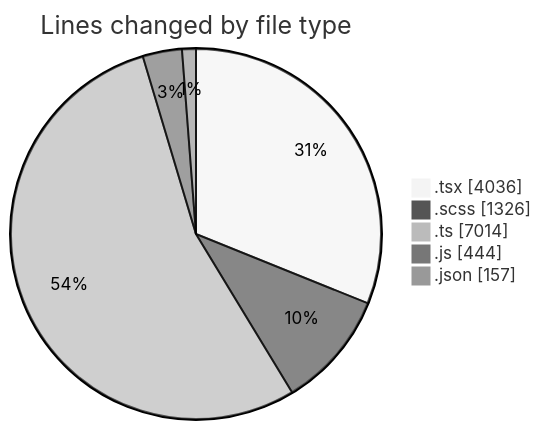
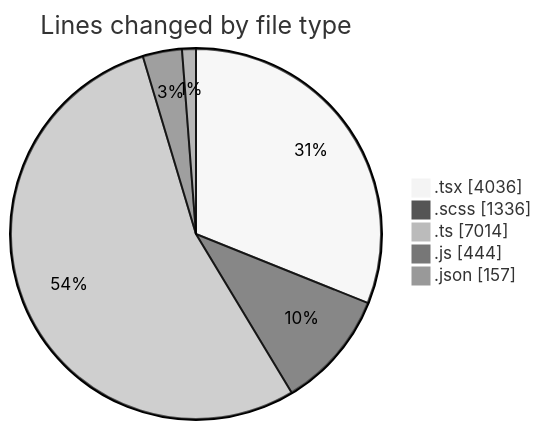
Before and after one commit to momahboobian/code-tracking: the first of 2 diagrams in 2026-04-23/cda/README.md, drawn with Mermaid (neutral theme). The commit also changed other lines of this file and 1 other file, not shown here.

````diff
--- a/2026-04-23/cda/README.md
+++ b/2026-04-23/cda/README.md
@@ -44,9 +44,9 @@
 ```mermaid
 pie showData
 title Lines changed by file type
 ".tsx" : 4036
-".scss" : 1326
+".scss" : 1336
 ".ts" : 7014
 ".js" : 444
 ".json" : 157
 ```
````
